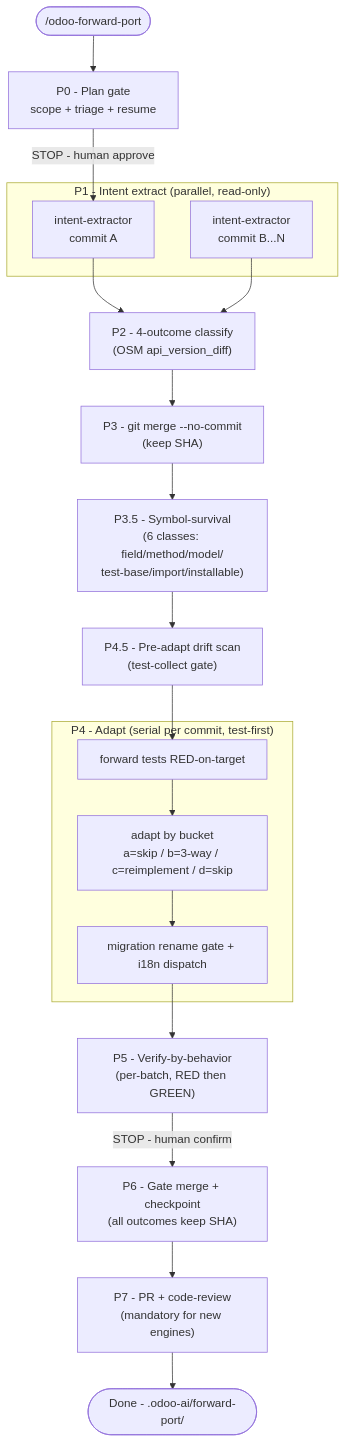
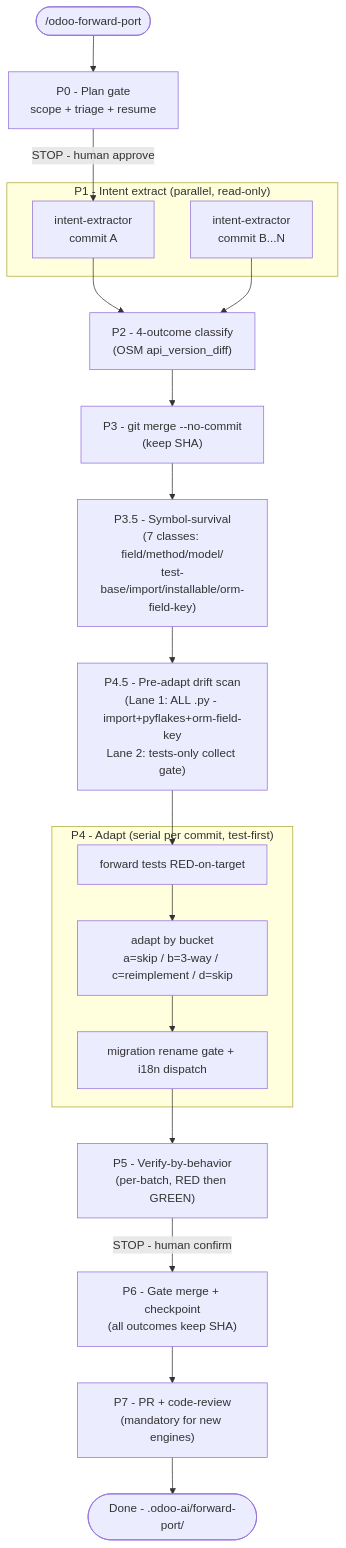
One commit to Viindoo/odoo-mcp-client changed the fourth of 4 diagrams in plugins/odoo-ai-agents/README.md. Above: the diagram before and after it, drawn with Mermaid. The commit also changed other lines of this file and 22 other files, not shown here.

````diff
--- a/plugins/odoo-ai-agents/README.md
+++ b/plugins/odoo-ai-agents/README.md
@@ -289,28 +289,28 @@
 ```mermaid
 flowchart TD
     START(["/odoo-forward-port"])
     START --> P0["P0 - Plan gate<br/>scope + triage + resume"]
     P0 -->|"STOP - human approve"| IE1
 
     subgraph P1_grp["P1 - Intent extract (parallel, read-only)"]
         IE1["intent-extractor<br/>commit A"]
         IE2["intent-extractor<br/>commit B...N"]
     end
 
     IE1 --> P2["P2 - 4-outcome classify<br/>(OSM api_version_diff)"]
     IE2 --> P2
     P2 --> P3["P3 - git merge --no-commit<br/>(keep SHA)"]
-    P3 --> P35["P3.5 - Symbol-survival<br/>(6 classes: field/method/model/<br/>test-base/import/installable)"]
-    P35 --> P45["P4.5 - Pre-adapt drift scan<br/>(test-collect gate)"]
+    P3 --> P35["P3.5 - Symbol-survival<br/>(7 classes: field/method/model/<br/>test-base/import/installable/orm-field-key)"]
+    P35 --> P45["P4.5 - Pre-adapt drift scan<br/>(Lane 1: ALL .py - import+pyflakes+orm-field-key<br/>Lane 2: tests-only collect gate)"]
 
     subgraph P4_grp["P4 - Adapt (serial per commit, test-first)"]
         PA["forward tests RED-on-target"] --> PB["adapt by bucket<br/>a=skip / b=3-way / c=reimplement / d=skip"]
         PB --> PC["migration rename gate + i18n dispatch"]
     end
 
     P45 --> PA
     PC --> P5["P5 - Verify-by-behavior<br/>(per-batch, RED then GREEN)"]
     P5 -->|"STOP - human confirm"| P6["P6 - Gate merge + checkpoint<br/>(all outcomes keep SHA)"]
     P6 --> P7["P7 - PR + code-review<br/>(mandatory for new engines)"]
     P7 --> DONE(["Done - .odoo-ai/forward-port/"])
 ```
````
